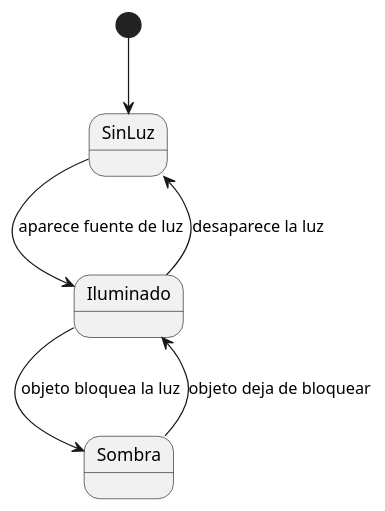
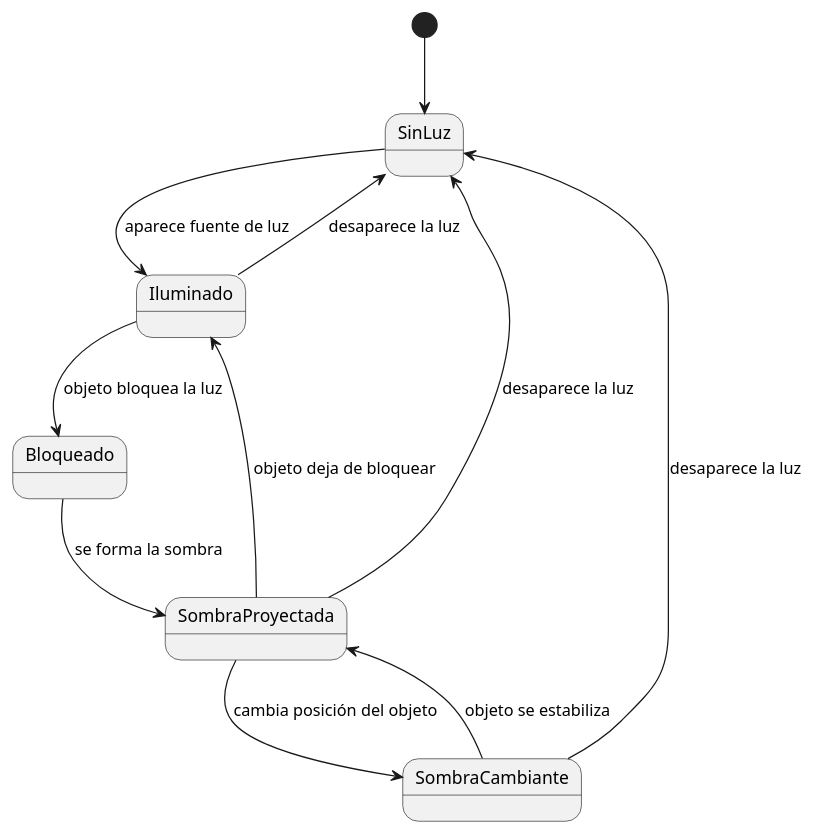
One commit to vanepakk/26-27-idsw1 changed the diagram in entregas/pakVanessa/sombra_estados.puml. Above: the diagram before and after it, drawn with PlantUML. The commit also changed 5 other files, not shown here.

```diff
--- a/entregas/pakVanessa/sombra_estados.puml
+++ b/entregas/pakVanessa/sombra_estados.puml
@@ -1,11 +1,21 @@
 @startuml
+
+hide circle
+hide empty members
 
 [*] --> SinLuz
 
 SinLuz --> Iluminado : aparece fuente de luz
-Iluminado --> Sombra : objeto bloquea la luz
-
-Sombra --> Iluminado : objeto deja de bloquear
 Iluminado --> SinLuz : desaparece la luz
 
+Iluminado --> Bloqueado : objeto bloquea la luz
+Bloqueado --> SombraProyectada : se forma la sombra
+
+SombraProyectada --> SombraCambiante : cambia posición del objeto
+SombraCambiante --> SombraProyectada : objeto se estabiliza
+
+SombraProyectada --> Iluminado : objeto deja de bloquear
+SombraProyectada --> SinLuz : desaparece la luz
+SombraCambiante --> SinLuz : desaparece la luz
+
 @enduml
```
